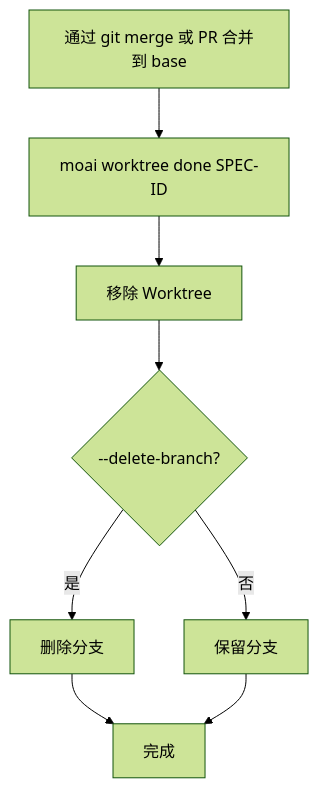
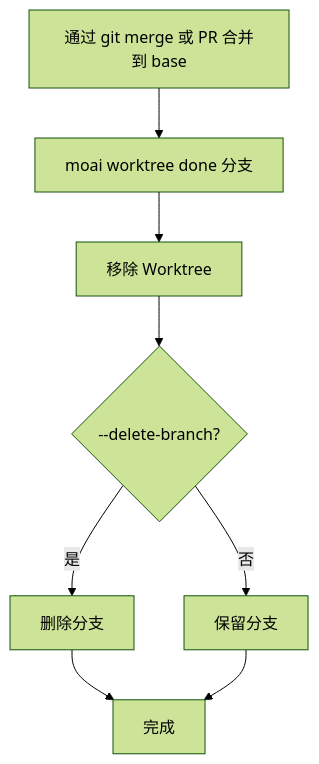
One commit to modu-ai/moai-adk changed the fifth of 9 diagrams in docs-site/content/zh/worktree/faq.md. Above: the diagram before and after it, drawn with Mermaid (forest theme). The commit also changed other lines of this file and 35 other files, not shown here.

````diff
--- a/docs-site/content/zh/worktree/faq.md
+++ b/docs-site/content/zh/worktree/faq.md
@@ -220,10 +243,10 @@
 ```mermaid
 flowchart TD
-    A[通过 git merge 或 PR 合并到 base] --> B[moai worktree done SPEC-ID]
+    A[通过 git merge 或 PR 合并到 base] --> B[moai worktree done 分支]
     B --> C[移除 Worktree]
     C --> D{--delete-branch?}
     D -->|是| E[删除分支]
     D -->|否| F[保留分支]
     E --> G[完成]
     F --> G[完成]
 ```
````
